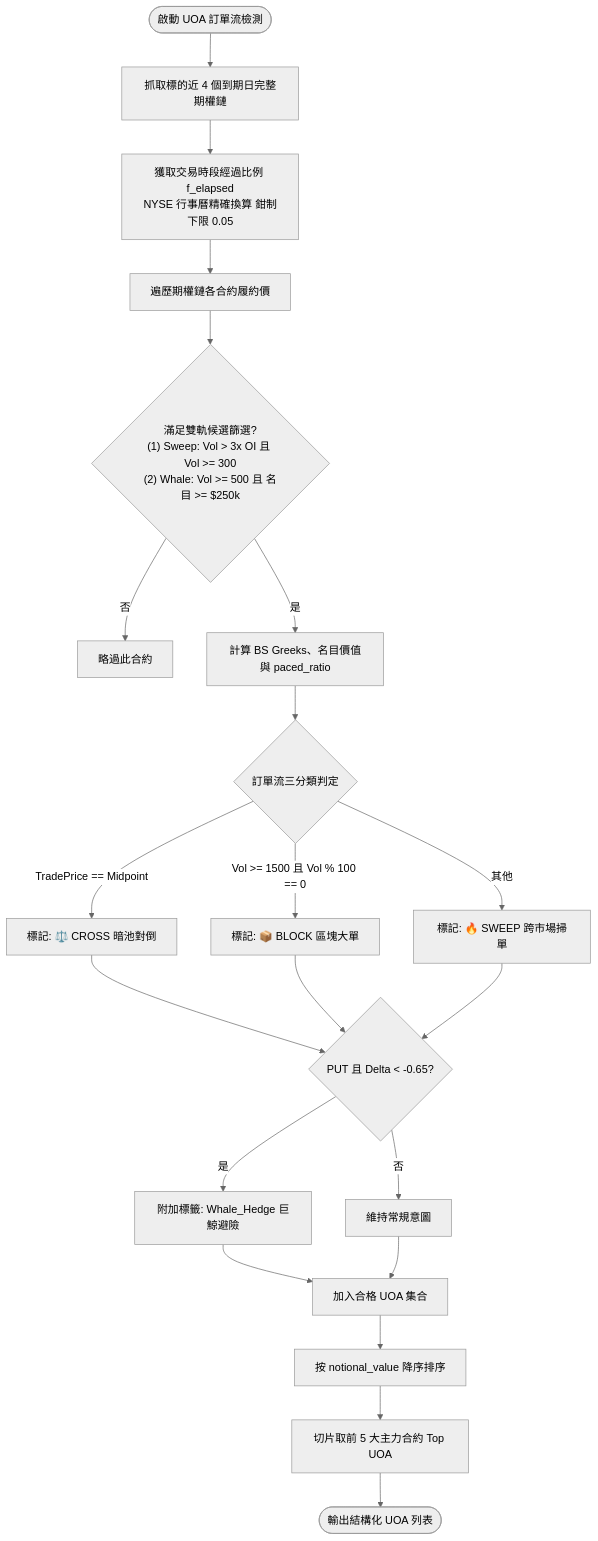
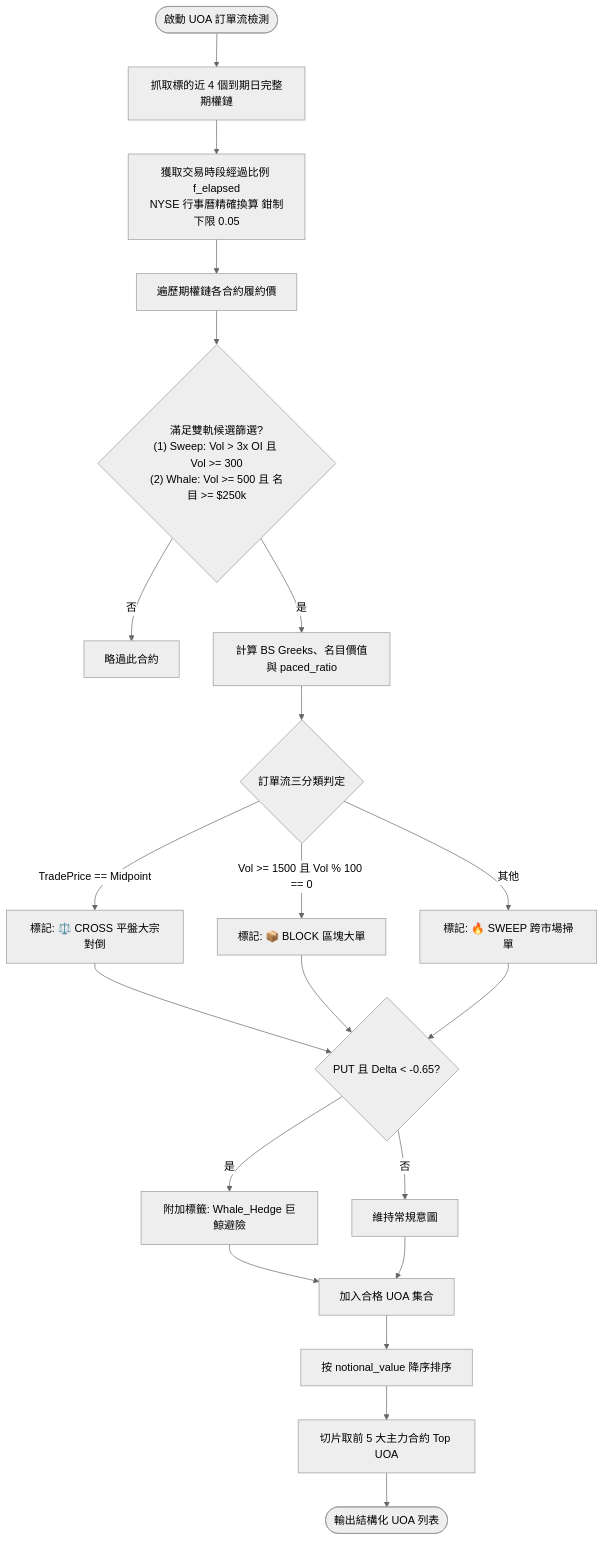
Before and after one commit to cosmo-chang-1701/nexus-seeker: the diagram in docs/microstructure/04_uoa_notional_and_paced_ratio.md, drawn with Mermaid (neutral theme). The commit also changed other lines of this file and 21 other files, not shown here.

````diff
--- a/docs/microstructure/04_uoa_notional_and_paced_ratio.md
+++ b/docs/microstructure/04_uoa_notional_and_paced_ratio.md
@@ -80,31 +80,31 @@
 ```mermaid
 flowchart TD
     Start([啟動 UOA 訂單流檢測]) --> FetchChains[抓取標的近 4 個到期日完整期權鏈]
     FetchChains --> GetTime["獲取交易時段經過比例 f_elapsed<br/>NYSE 行事曆精確換算 鉗制下限 0.05"]
 
     GetTime --> LoopRows[遍歷期權鏈各合約履約價]
     LoopRows --> FilterCandidates{"滿足雙軌候選篩選?<br/>(1) Sweep: Vol > 3x OI 且 Vol >= 300<br/>(2) Whale: Vol >= 500 且 名目 >= $250k"}
 
     FilterCandidates -- 否 --> SkipRow[略過此合約]
     FilterCandidates -- 是 --> CalcMetrics[計算 BS Greeks、名目價值與 paced_ratio]
 
     CalcMetrics --> ClassifyTrade{訂單流三分類判定}
-    ClassifyTrade -- "TradePrice == Midpoint" --> MarkCross[標記: ⚖️ CROSS 暗池對倒]
+    ClassifyTrade -- "TradePrice == Midpoint" --> MarkCross[標記: ⚖️ CROSS 平盤大宗對倒]
     ClassifyTrade -- "Vol >= 1500 且 Vol % 100 == 0" --> MarkBlock[標記: 📦 BLOCK 區塊大單]
     ClassifyTrade -- 其他 --> MarkSweep[標記: 🔥 SWEEP 跨市場掃單]
 
     MarkCross --> CheckWhaleHedge
     MarkBlock --> CheckWhaleHedge
     MarkSweep --> CheckWhaleHedge
 
     CheckWhaleHedge{PUT 且 Delta < -0.65?}
     CheckWhaleHedge -- 是 --> AddHedgeTag[附加標籤: Whale_Hedge 巨鯨避險]
     CheckWhaleHedge -- 否 --> NormalIntent[維持常規意圖]
 
     AddHedgeTag --> Collect[加入合格 UOA 集合]
     NormalIntent --> Collect
 
     Collect --> SortDesc[按 notional_value 降序排序]
     SortDesc --> Top5[切片取前 5 大主力合約 Top UOA]
     Top5 --> End([輸出結構化 UOA 列表])
 ```
````
